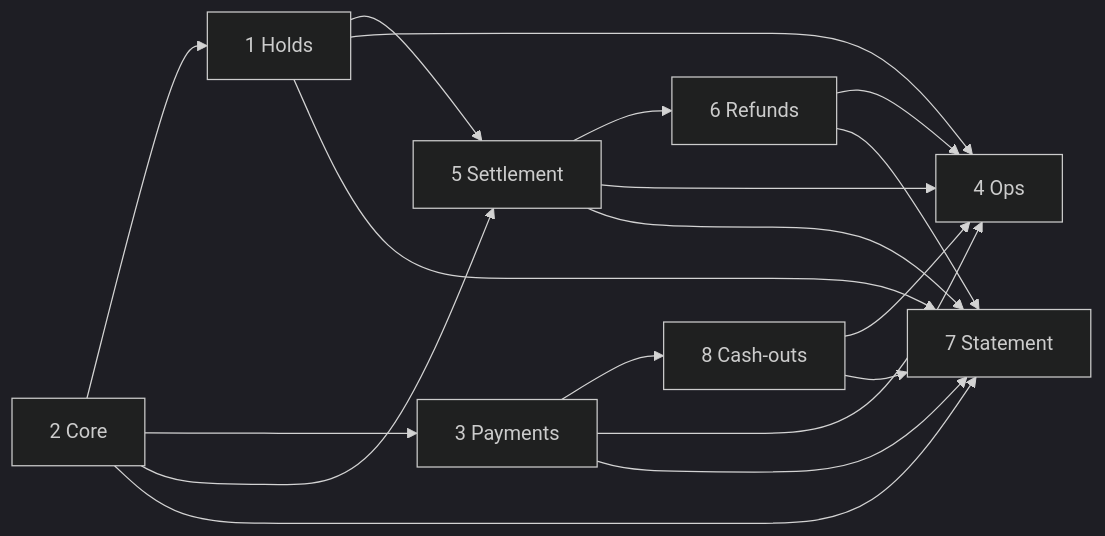
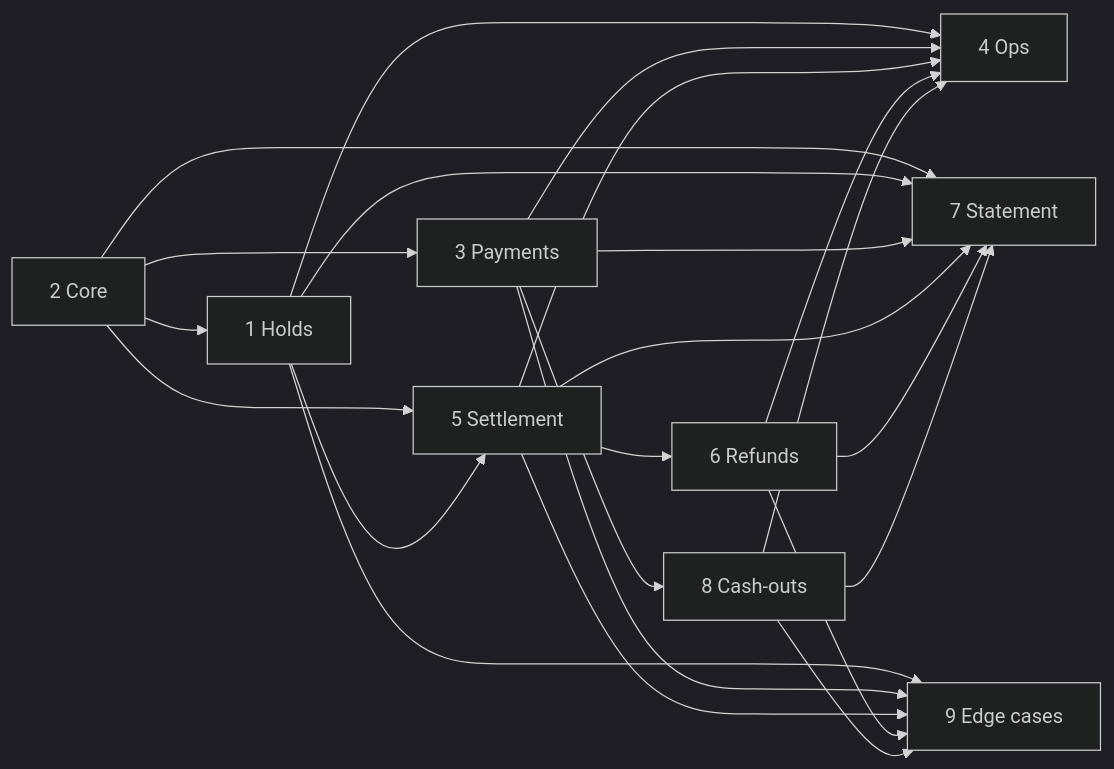
Before and after one commit to BaguetteJet/CSIS-Hackathon-2026: the diagram in work-items/README.md, drawn with Mermaid (dark theme). The commit also changed other lines of this file and 2 other files, not shown here.

Commit message:
docs: item 9, edge cases and robustness, owned by Cian

````diff
--- a/work-items/README.md
+++ b/work-items/README.md
@@ -18,7 +19,7 @@
 ```mermaid
 flowchart LR
   I2[2 Core] --> I1[1 Holds] & I3[3 Payments] & I5[5 Settlement] & I7[7 Statement]
   I1 --> I5 --> I6[6 Refunds]
   I3 --> I8[8 Cash-outs]
-  I1 & I3 & I5 & I6 & I8 --> I4[4 Ops] & I7
+  I1 & I3 & I5 & I6 & I8 --> I4[4 Ops] & I7 & I9[9 Edge cases]
 ```
````
